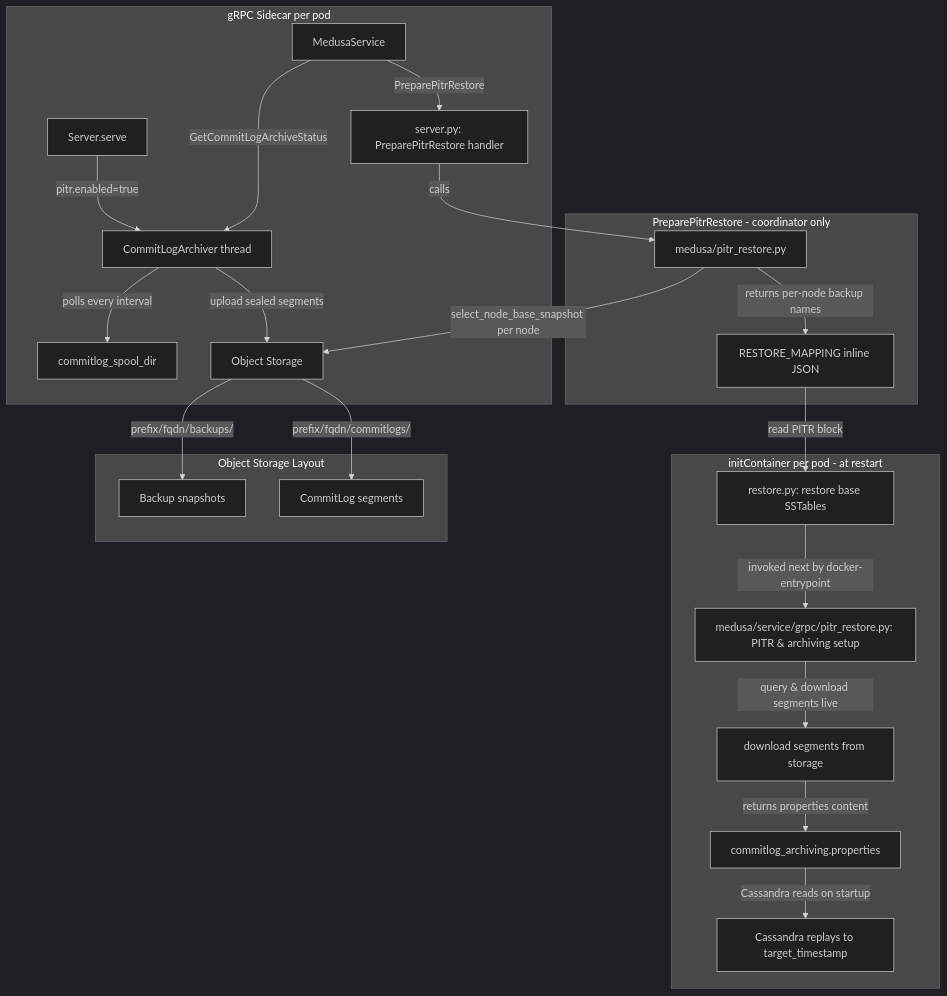
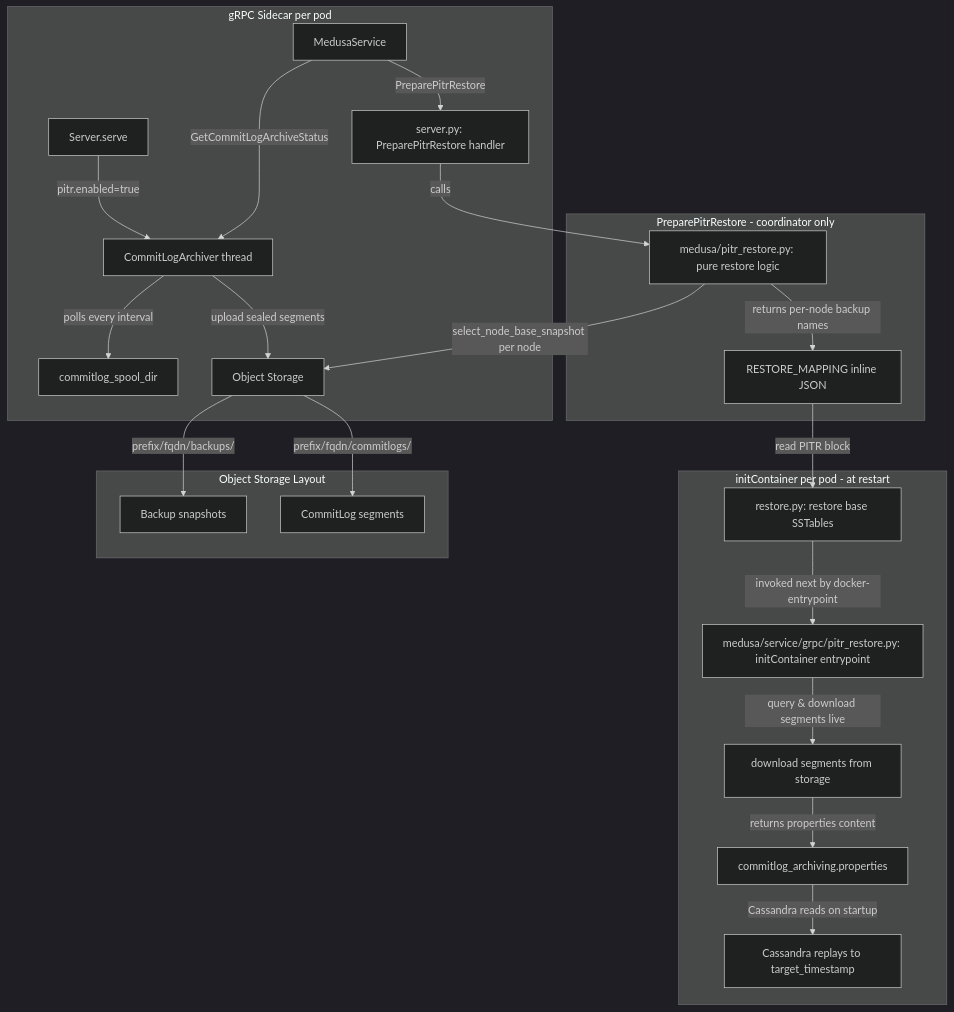
The first of 2 diagrams in docs/superpowers/specs/pitr-design-doc.md (thelastpickle/cassandra-medusa), drawn with Mermaid (dark theme) before and after one commit. The commit also changed other lines of this file, not shown here.

Commit message:
docs(pitr): disambiguate pure logic and service entrypoint pitr_restore modules

````diff
--- a/docs/superpowers/specs/pitr-design-doc.md
+++ b/docs/superpowers/specs/pitr-design-doc.md
@@ -100,29 +100,29 @@
 ```mermaid
 graph TD
     subgraph gRPC Sidecar per pod
         S[Server.serve] -->|pitr.enabled=true| A[CommitLogArchiver thread]
         A -->|polls every interval| CL[commitlog_spool_dir]
         A -->|upload sealed segments| OS[Object Storage]
         SVC[MedusaService] -->|GetCommitLogArchiveStatus| A
         SVC -->|PreparePitrRestore| RPC_HANDLER[server.py: PreparePitrRestore handler]
     end
 
     subgraph PreparePitrRestore - coordinator only
-        RPC_HANDLER -->|calls| PITR_MODULE[medusa/pitr_restore.py]
+        RPC_HANDLER -->|calls| PITR_MODULE[medusa/pitr_restore.py: pure restore logic]
         PITR_MODULE -->|select_node_base_snapshot per node| OS
         PITR_MODULE -->|returns per-node backup names| RM[RESTORE_MAPPING inline JSON]
     end
 
     subgraph initContainer per pod - at restart
         RM -->|read PITR block| RC[restore.py: restore base SSTables]
-        RC -->|invoked next by docker-entrypoint| PR[medusa/service/grpc/pitr_restore.py: PITR & archiving setup]
+        RC -->|invoked next by docker-entrypoint| PR[medusa/service/grpc/pitr_restore.py: initContainer entrypoint]
         PR -->|query & download segments live| DL[download segments from storage]
         DL -->|returns properties content| PROPS[commitlog_archiving.properties]
         PROPS -->|Cassandra reads on startup| CS[Cassandra replays to target_timestamp]
     end
 
     subgraph Object Storage Layout
         OS --> |prefix/fqdn/backups/| BK[Backup snapshots]
         OS --> |prefix/fqdn/commitlogs/| CLS[CommitLog segments]
     end
 ```
````
